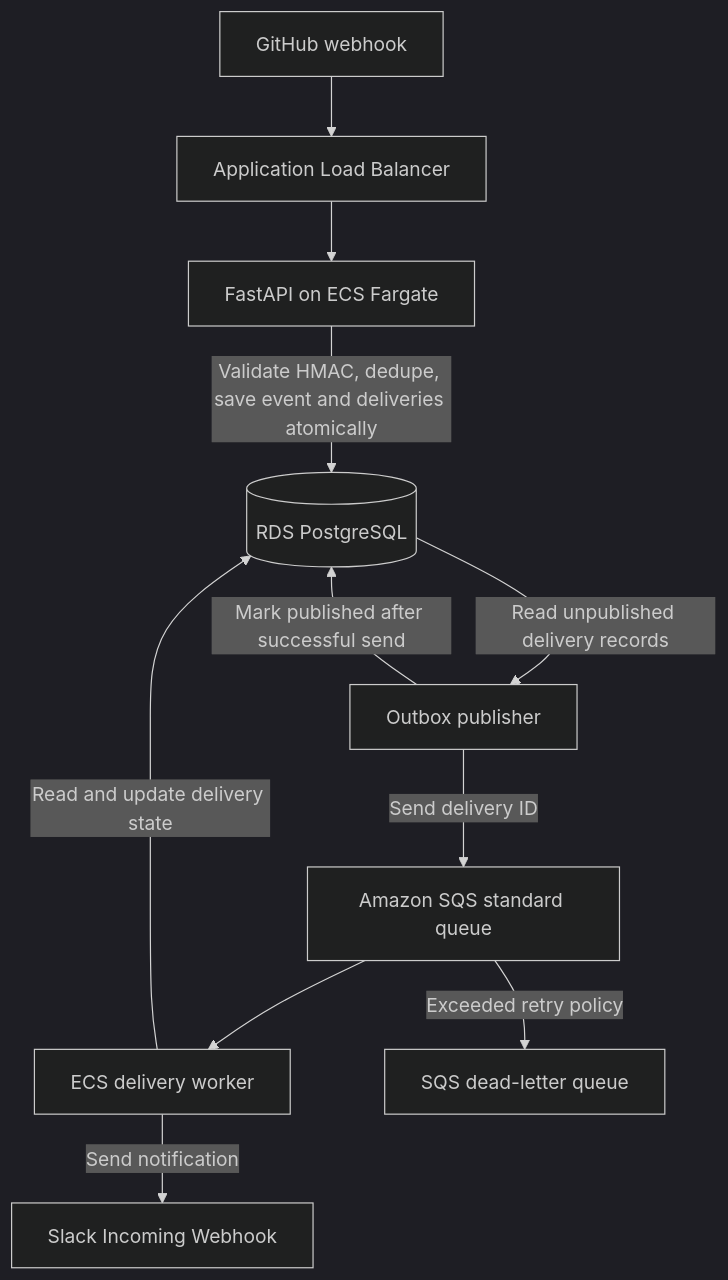
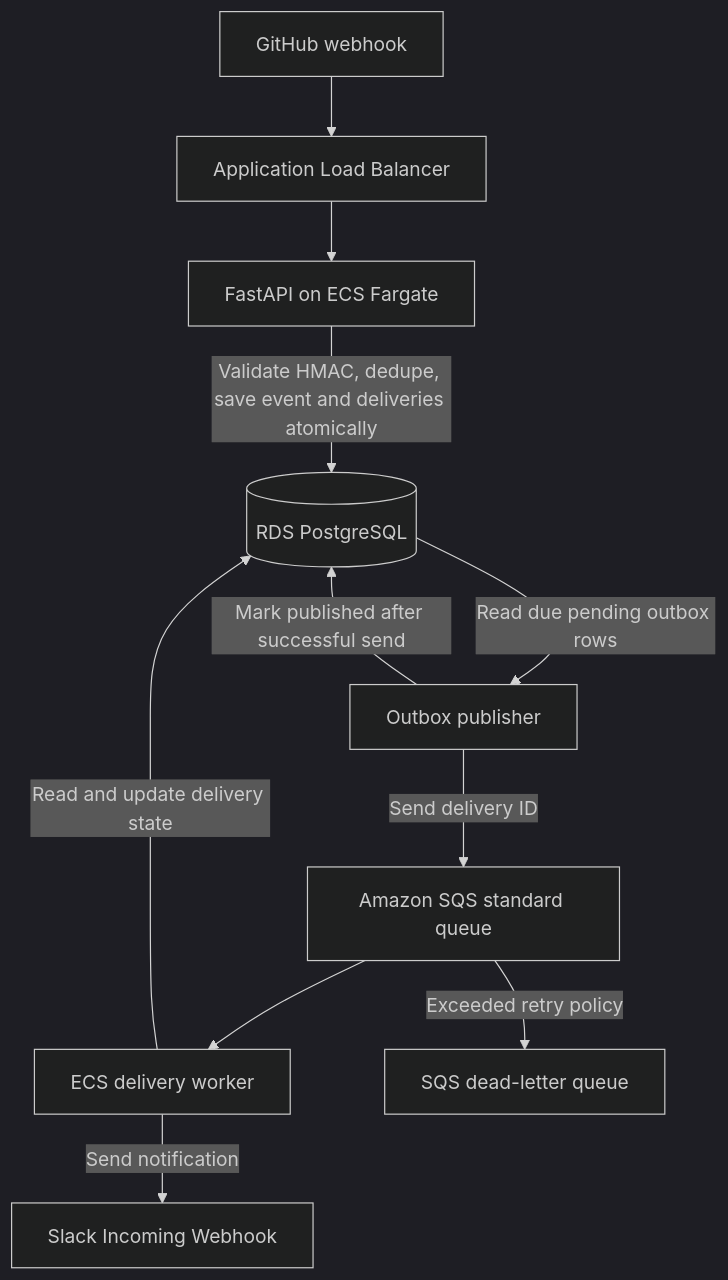
The diagram in docs/architecture.md (Viswabharathi-K-A/GitHub-Webhook-Processing-Platform), drawn with Mermaid (dark theme) before and after one commit. The commit also changed other lines of this file and 5 other files, not shown here.

````diff
--- a/docs/architecture.md
+++ b/docs/architecture.md
@@ -15,13 +15,13 @@
 ```mermaid
 flowchart TD
     GH[GitHub webhook] --> ALB[Application Load Balancer]
     ALB --> API[FastAPI on ECS Fargate]
     API -->|Validate HMAC, dedupe, save event and deliveries atomically| DB[(RDS PostgreSQL)]
-    DB -->|Read unpublished delivery records| PUB[Outbox publisher]
+    DB -->|Read due pending outbox rows| PUB[Outbox publisher]
     PUB -->|Send delivery ID| SQS[Amazon SQS standard queue]
     SQS --> WORKER[ECS delivery worker]
     WORKER -->|Send notification| SLACK[Slack Incoming Webhook]
     WORKER -->|Read and update delivery state| DB
     SQS -->|Exceeded retry policy| DLQ[SQS dead-letter queue]
     PUB -->|Mark published after successful send| DB
 ```
````
